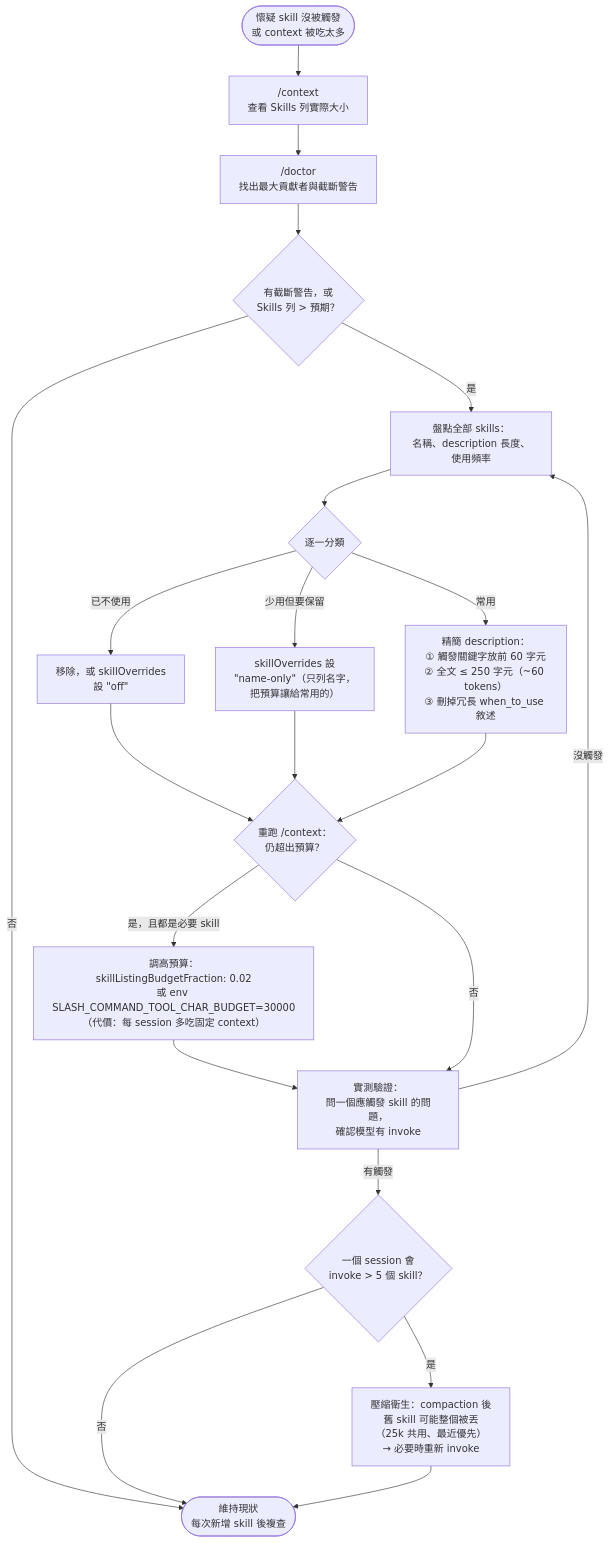
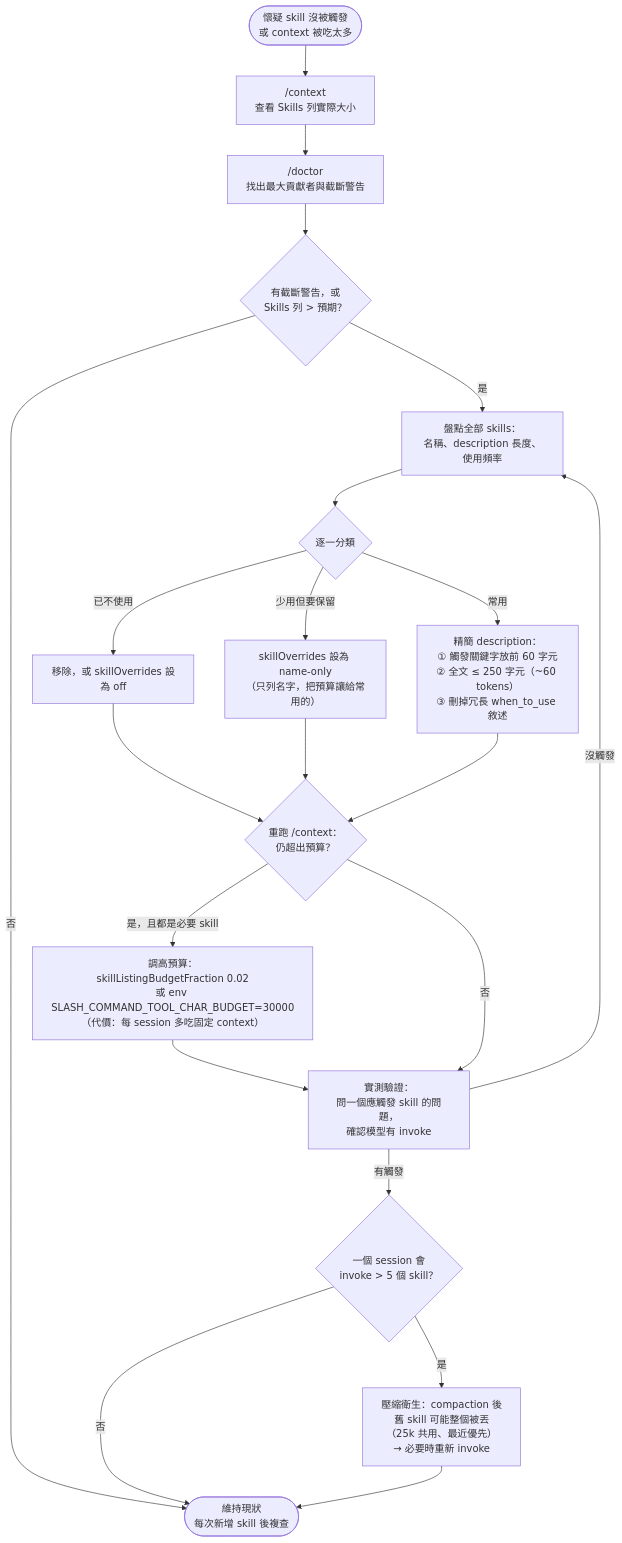
The diagram in CodeAnalysis/2026-08-14-CLAUDE-CODE-SKILL-BUDGET-MECHANISM-AND-REDUCTION-FLOW.md (swchen44/personal-knowledge-base-from-ai), drawn with Mermaid before and after one commit.

Commit message:
fix: mermaid GitHub 渲染錯誤 — 移除 label 內 &quot; 實體、> 改 &gt; 並加引號防禦

````diff
--- a/CodeAnalysis/2026-08-14-CLAUDE-CODE-SKILL-BUDGET-MECHANISM-AND-REDUCTION-FLOW.md
+++ b/CodeAnalysis/2026-08-14-CLAUDE-CODE-SKILL-BUDGET-MECHANISM-AND-REDUCTION-FLOW.md
@@ -132,23 +132,23 @@
 ```mermaid
 flowchart TD
     Start([懷疑 skill 沒被觸發<br/>或 context 被吃太多]) --> Ctx["/context<br/>查看 Skills 列實際大小"]
     Ctx --> Doc["/doctor<br/>找出最大貢獻者與截斷警告"]
-    Doc --> Q1{有截斷警告，或<br/>Skills 列 > 預期？}
+    Doc --> Q1{"有截斷警告，或<br/>Skills 列 &gt; 預期？"}
     Q1 -- 否 --> Keep([維持現狀<br/>每次新增 skill 後複查])
-    Q1 -- 是 --> Inv[盤點全部 skills：<br/>名稱、description 長度、使用頻率]
+    Q1 -- 是 --> Inv["盤點全部 skills：<br/>名稱、description 長度、使用頻率"]
     Inv --> Q2{逐一分類}
-    Q2 -- 已不使用 --> Off["移除，或 skillOverrides<br/>設 &quot;off&quot;"]
-    Q2 -- 少用但要保留 --> NameOnly["skillOverrides 設<br/>&quot;name-only&quot;（只列名字，<br/>把預算讓給常用的）"]
+    Q2 -- 已不使用 --> Off["移除，或 skillOverrides 設為 off"]
+    Q2 -- 少用但要保留 --> NameOnly["skillOverrides 設為 name-only<br/>（只列名字，把預算讓給常用的）"]
     Q2 -- 常用 --> Trim["精簡 description：<br/>① 觸發關鍵字放前 60 字元<br/>② 全文 ≤ 250 字元（~60 tokens）<br/>③ 刪掉冗長 when_to_use 敘述"]
     Off --> Q3
     NameOnly --> Q3
-    Trim --> Q3{重跑 /context：<br/>仍超出預算？}
-    Q3 -- "是，且都是必要 skill" --> Raise["調高預算：<br/>skillListingBudgetFraction: 0.02<br/>或 env SLASH_COMMAND_TOOL_CHAR_BUDGET=30000<br/>（代價：每 session 多吃固定 context）"]
+    Trim --> Q3{"重跑 /context：<br/>仍超出預算？"}
+    Q3 -- "是，且都是必要 skill" --> Raise["調高預算：<br/>skillListingBudgetFraction 0.02<br/>或 env SLASH_COMMAND_TOOL_CHAR_BUDGET=30000<br/>（代價：每 session 多吃固定 context）"]
     Raise --> Verify
     Q3 -- 否 --> Verify["實測驗證：<br/>問一個應觸發 skill 的問題，<br/>確認模型有 invoke"]
     Verify -- 沒觸發 --> Inv
-    Verify -- 有觸發 --> Compact{一個 session 會<br/>invoke > 5 個 skill？}
+    Verify -- 有觸發 --> Compact{"一個 session 會<br/>invoke &gt; 5 個 skill？"}
     Compact -- 是 --> Hygiene["壓縮衛生：compaction 後<br/>舊 skill 可能整個被丟<br/>（25k 共用、最近優先）<br/>→ 必要時重新 invoke"]
     Compact -- 否 --> Keep
     Hygiene --> Keep
 ```
````
